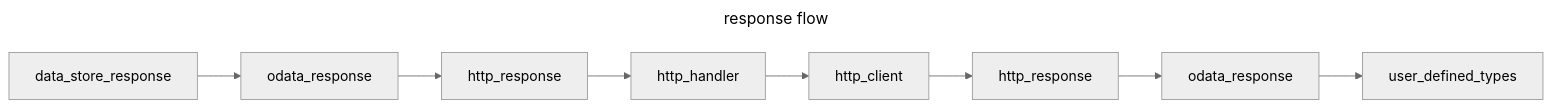
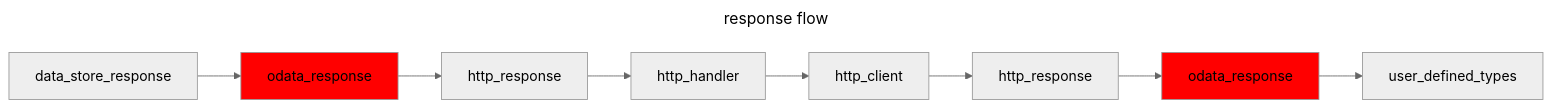
Before and after one commit to OData/odata.net: the second of 2 diagrams in docs/architecture.md, drawn with Mermaid (neutral theme).

````diff
--- a/docs/architecture.md
+++ b/docs/architecture.md
@@ -244,21 +244,25 @@
 ```mermaid
 ---
 title: response flow
 ---
 flowchart LR
     data_store_response
     odata_response1[odata_response]
     http_response1[http_response]
     http_handler
     http_client
     http_response2[http_response]
     odata_response2[odata_response]
     user_defined_types
+
     data_store_response --> odata_response1
     odata_response1 --> http_response1
     http_response1 --> http_handler
     http_handler --> http_client
     http_client --> http_response2
     http_response2 --> odata_response2
     odata_response2 --> user_defined_types
+
+    style odata_response1 fill:#ff0000
+    style odata_response2 fill:#ff0000
 ```
````
